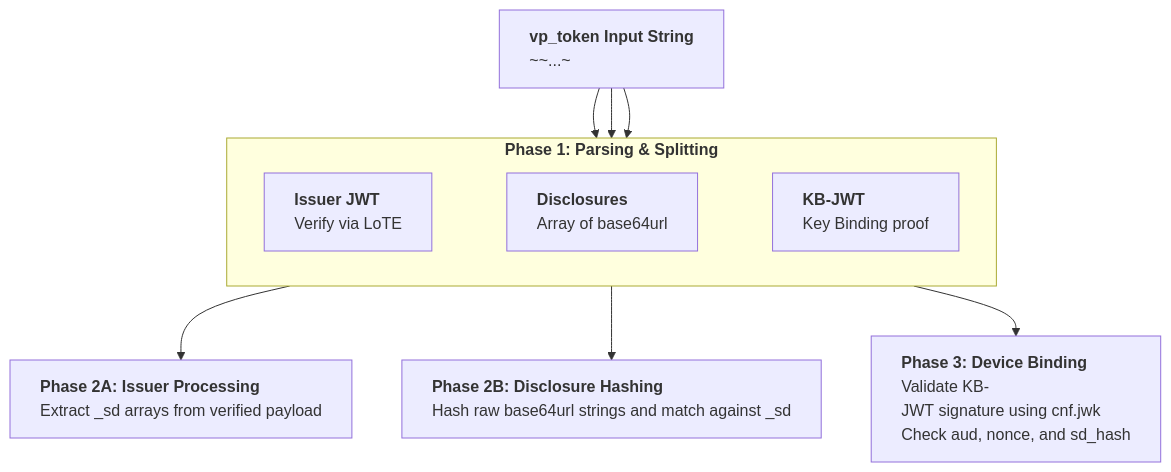
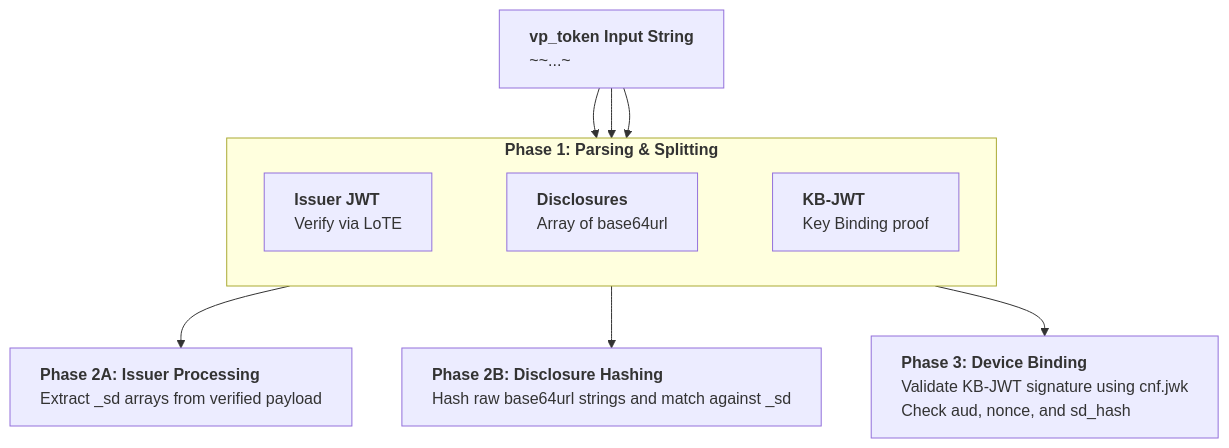
Diagram 14 of 27 in papers/DR-0002/DR-0002-eudi-wallet-relying-party-integration.md (ivanstambuk/deep-research), drawn with Mermaid before and after one commit. The commit also changed other lines of this file and 2 other files, not shown here.

Commit message:
docs: fix rightmost actor in sequence diagrams and add guardrail

````diff
--- a/papers/DR-0002/DR-0002-eudi-wallet-relying-party-integration.md
+++ b/papers/DR-0002/DR-0002-eudi-wallet-relying-party-integration.md
@@ -2561,38 +2561,38 @@
 ```mermaid
 flowchart TD
     VP["`**vp_token&nbsp;Input&nbsp;String**
     <Issuer_JWT>~<Disclosure_1>~...~<KB_JWT>`"]
 
     subgraph Split["`**Phase&nbsp;1:&nbsp;Parsing&nbsp;&&nbsp;Splitting**`"]
         direction LR
         Iss["`**Issuer&nbsp;JWT**
         Verify&nbsp;via&nbsp;LoTE`"]
         Disc["`**Disclosures**
         Array&nbsp;of&nbsp;base64url`"]
         KB["`**KB-JWT**
         Key&nbsp;Binding&nbsp;proof`"]
         Iss ~~~ Disc ~~~ KB
     end
 
     VP --> Iss
     VP --> Disc
     VP --> KB
     
     Iss --> IssVer["`**Phase&nbsp;2A:&nbsp;Issuer&nbsp;Processing**
     Extract&nbsp;_sd&nbsp;arrays&nbsp;from&nbsp;verified&nbsp;payload`"]
 
     Disc --> DiscHash["`**Phase&nbsp;2B:&nbsp;Disclosure&nbsp;Hashing**
     Hash&nbsp;raw&nbsp;base64url&nbsp;strings&nbsp;and&nbsp;match&nbsp;against&nbsp;_sd`"]
 
     KB --> KBVer["`**Phase&nbsp;3:&nbsp;Device&nbsp;Binding**
-    Validate&nbsp;KB-JWT&nbsp;signature&nbsp;using&nbsp;cnf.jwk
+    Validate&nbsp;KB‑JWT&nbsp;signature&nbsp;using&nbsp;cnf.jwk
     Check&nbsp;aud,&nbsp;nonce,&nbsp;and&nbsp;sd_hash`"]
 
     style VP text-align:left
     style Iss text-align:left
     style Disc text-align:left
     style KB text-align:left
     style IssVer text-align:left
     style DiscHash text-align:left
     style KBVer text-align:left
 ```
````
